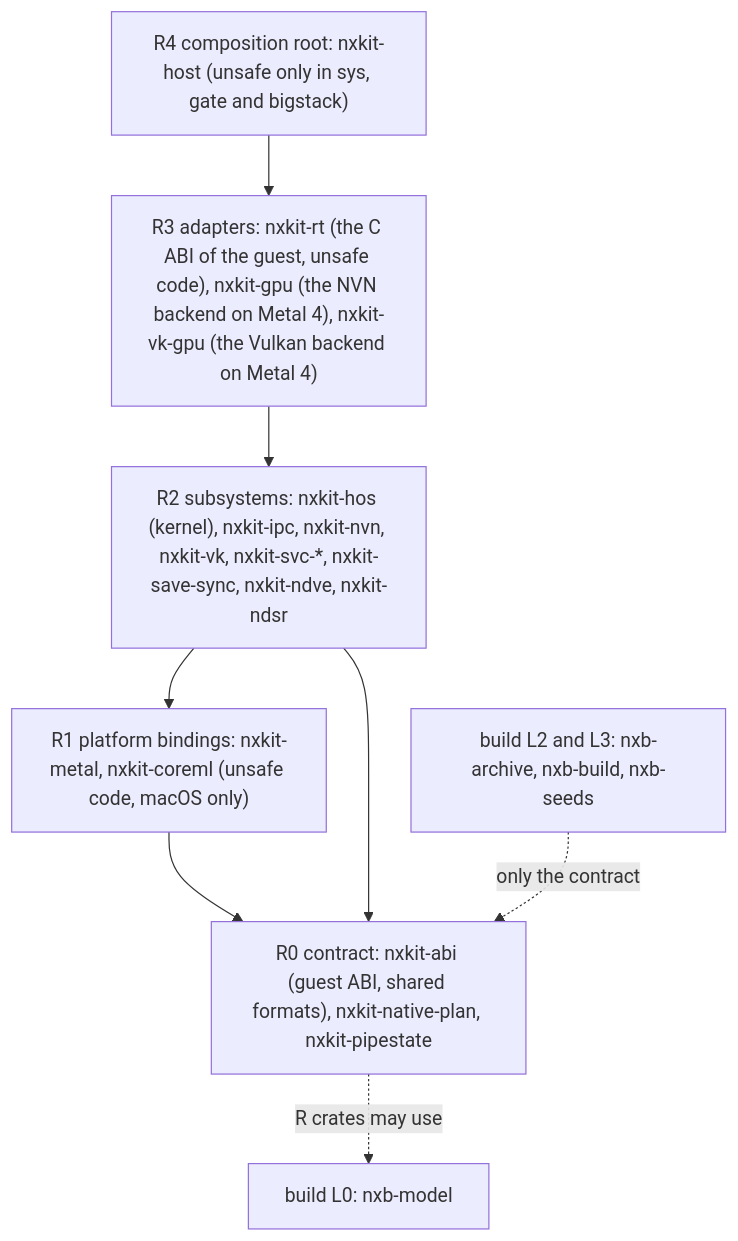
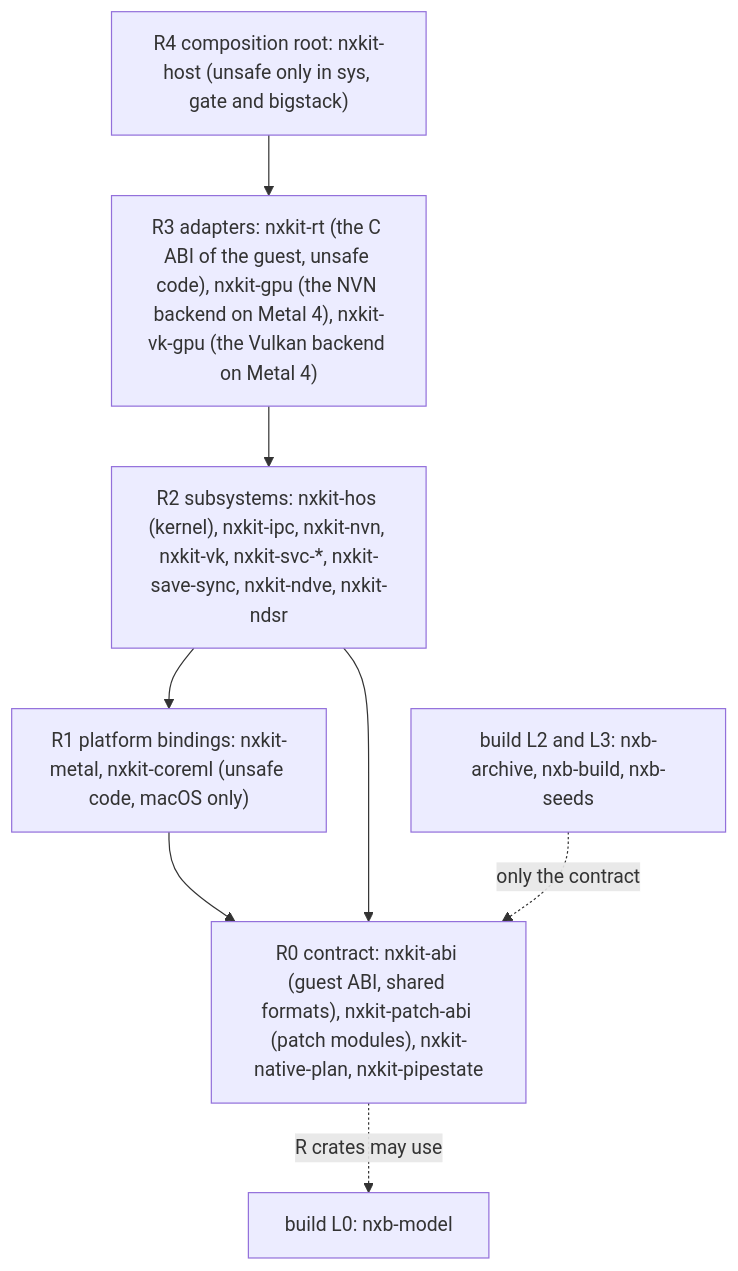
One commit to b4f8abbb24dbf56a7d0280f296e16eeb/nxkit changed the second of 3 diagrams in docs/architecture.md. Above: the diagram before and after it, drawn with Mermaid. The commit also changed other lines of this file and 8 other files, not shown here.

Commit message:
docs, tools: patch modules (W37): the ADR, the section Patch modules in diagnostics.md, tools/patch-example (skips the draws of a fragment key and logs each pass, its own workspace) and tools/nxkit-patch (new, build)

````diff
--- a/docs/architecture.md
+++ b/docs/architecture.md
@@ -41,12 +41,12 @@
 ```mermaid
 flowchart TD
   R4["R4 composition root: nxkit-host (unsafe only in sys, gate and bigstack)"]
   R3["R3 adapters: nxkit-rt (the C ABI of the guest, unsafe code), nxkit-gpu (the NVN backend on Metal 4), nxkit-vk-gpu (the Vulkan backend on Metal 4)"]
   R2["R2 subsystems: nxkit-hos (kernel), nxkit-ipc, nxkit-nvn, nxkit-vk, nxkit-svc-*, nxkit-save-sync, nxkit-ndve, nxkit-ndsr"]
   R1["R1 platform bindings: nxkit-metal, nxkit-coreml (unsafe code, macOS only)"]
-  R0["R0 contract: nxkit-abi (guest ABI, shared formats), nxkit-native-plan, nxkit-pipestate"]
+  R0["R0 contract: nxkit-abi (guest ABI, shared formats), nxkit-patch-abi (patch modules), nxkit-native-plan, nxkit-pipestate"]
   R4 --> R3 --> R2 --> R1 --> R0
   R2 --> R0
   R0 -.->|R crates may use| BL0["build L0: nxb-model"]
   BL3["build L2 and L3: nxb-archive, nxb-build, nxb-seeds"] -.->|only the contract| R0
 ```
````
